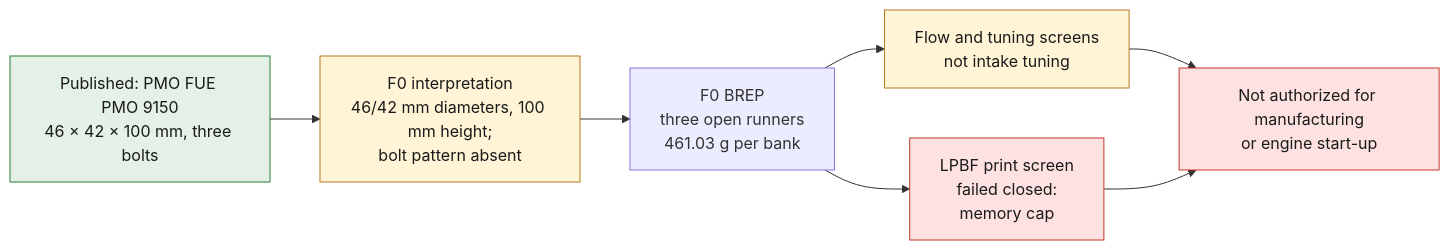
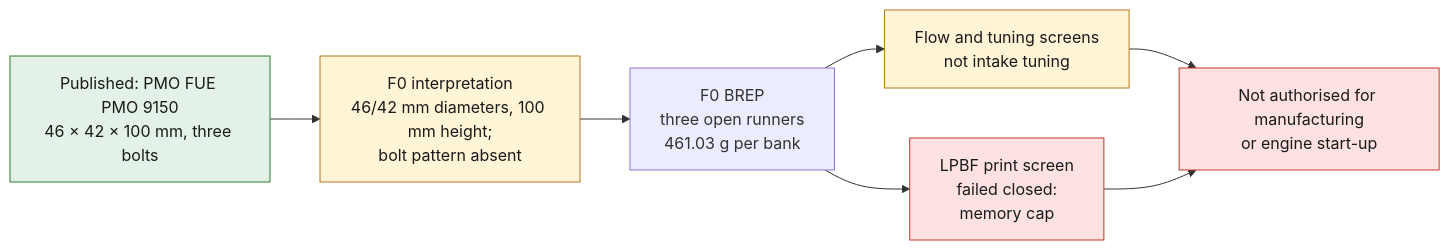
One commit to cluster2600/porscheparts changed the diagram in docs/993/993_THREE_RUNNER_INTAKE_ALSI10MG_F0.md. Above: the diagram before and after it, drawn with Mermaid. The commit also changed other lines of this file and 480 other files, not shown here.

````diff
--- a/docs/993/993_THREE_RUNNER_INTAKE_ALSI10MG_F0.md
+++ b/docs/993/993_THREE_RUNNER_INTAKE_ALSI10MG_F0.md
@@ -13,15 +13,15 @@
 ```mermaid
 flowchart LR
   S["Published: PMO FUE PMO 9150<br/>46 × 42 × 100 mm, three bolts"] --> H["F0 interpretation<br/>46/42 mm diameters, 100 mm height;<br/>bolt pattern absent"]
   H --> G["F0 BREP<br/>three open runners<br/>461.03 g per bank"]
   G --> A["Flow and tuning screens<br/>not intake tuning"]
   G --> P["LPBF print screen<br/>failed closed:<br/>memory cap"]
-  A --> V["Not authorized for manufacturing<br/>or engine start-up"]
+  A --> V["Not authorised for manufacturing<br/>or engine start-up"]
   P --> V
   class S ok
   class H,A open
   class P,V stop
   classDef stop fill:#fde2e1,stroke:#c0392b,color:#1a1a1a;
   classDef ok fill:#e3f1e6,stroke:#2e7d32,color:#1a1a1a;
   classDef open fill:#fff4d6,stroke:#b7791f,color:#1a1a1a;
 ```
````
